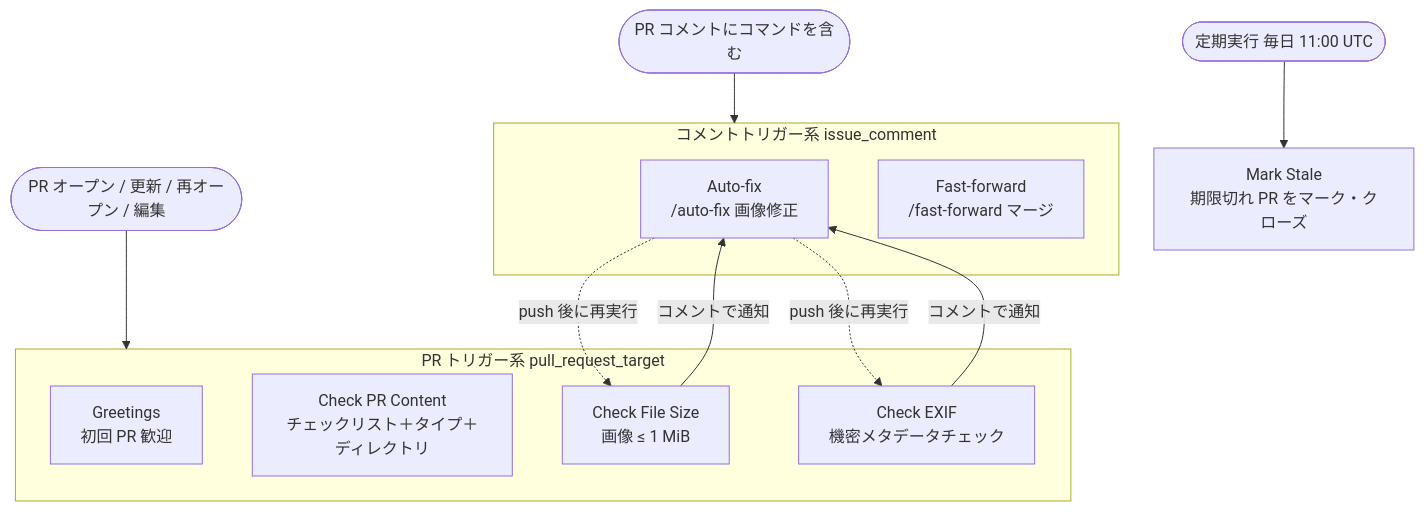
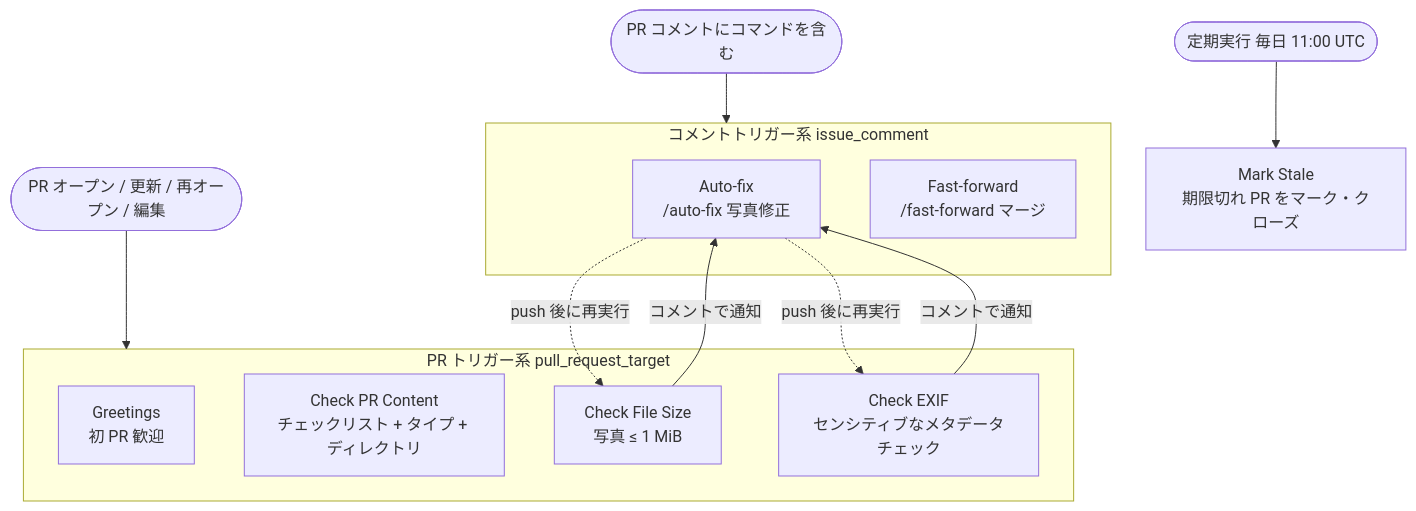
The first of 2 diagrams in ja-JP/GUIDE.md (Cute-Dress/Dress), drawn with Mermaid before and after one commit. The commit also changed other lines of this file and 5 other files, not shown here.

````diff
--- a/ja-JP/GUIDE.md
+++ b/ja-JP/GUIDE.md
@@ -136,23 +136,23 @@
 ```mermaid
 flowchart TD
     ev1(["PR オープン / 更新 / 再オープン / 編集"]) --> PRGRP
     ev2(["PR コメントにコマンドを含む"]) --> CMTGRP
     ev3(["定期実行 毎日 11:00 UTC"]) --> stale["Mark Stale<br/>期限切れ PR をマーク・クローズ"]
 
     subgraph PRGRP["PR トリガー系 pull_request_target"]
-        greetings["Greetings<br/>初回 PR 歓迎"]
-        check_pr_content["Check PR Content<br/>チェックリスト＋タイプ＋ディレクトリ"]
-        check_file_size["Check File Size<br/>画像 ≤ 1 MiB"]
-        check_exif["Check EXIF<br/>機密メタデータチェック"]
+        greetings["Greetings<br/>初 PR 歓迎"]
+        check_pr_content["Check PR Content<br/>チェックリスト + タイプ + ディレクトリ"]
+        check_file_size["Check File Size<br/>写真 ≤ 1 MiB"]
+        check_exif["Check EXIF<br/>センシティブなメタデータチェック"]
     end
 
     subgraph CMTGRP["コメントトリガー系 issue_comment"]
-        auto_fix["Auto-fix<br/>/auto-fix 画像修正"]
+        auto_fix["Auto-fix<br/>/auto-fix 写真修正"]
         fast_forward["Fast-forward<br/>/fast-forward マージ"]
     end
 
     check_file_size -->|"コメントで通知"| auto_fix
     check_exif -->|"コメントで通知"| auto_fix
     auto_fix -.->|"push 後に再実行"| check_file_size
     auto_fix -.->|"push 後に再実行"| check_exif
 ```
````
